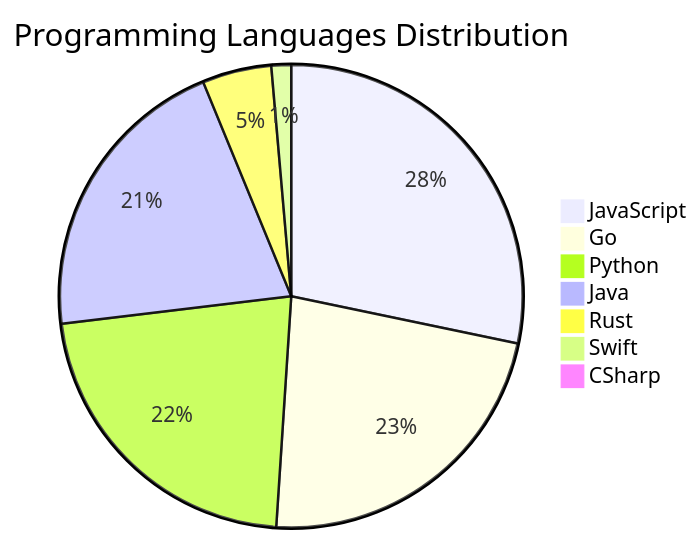
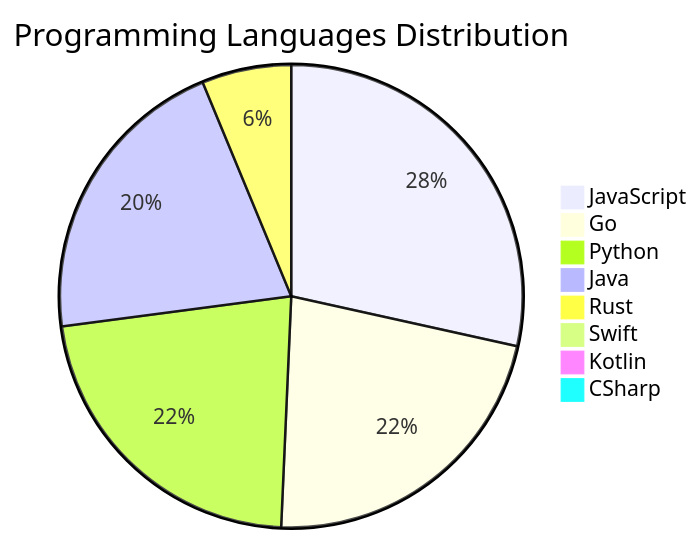
Before and after one commit to Derrick-MUGISHA/github-activity-bot: the diagram in README.md, drawn with Mermaid. The commit also changed other lines of this file and 4 other files, not shown here.

````diff
--- a/README.md
+++ b/README.md
@@ -207,10 +208,11 @@
 ```mermaid
 pie title Programming Languages Distribution
     "JavaScript" : 41
-    "Go" : 33
+    "Go" : 32
     "Python" : 32
     "Java" : 30
-    "Rust" : 7
-    "Swift" : 2
+    "Rust" : 9
+    "Swift" : 1
+    "Kotlin" : 1
     "CSharp" : 1
 ```
````
